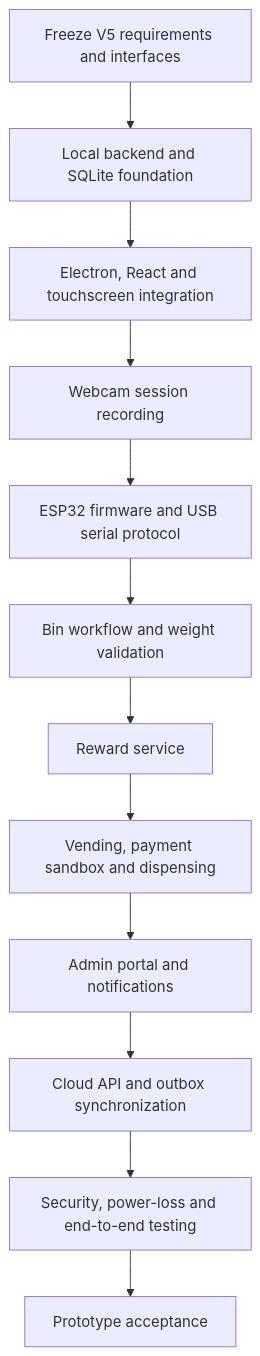
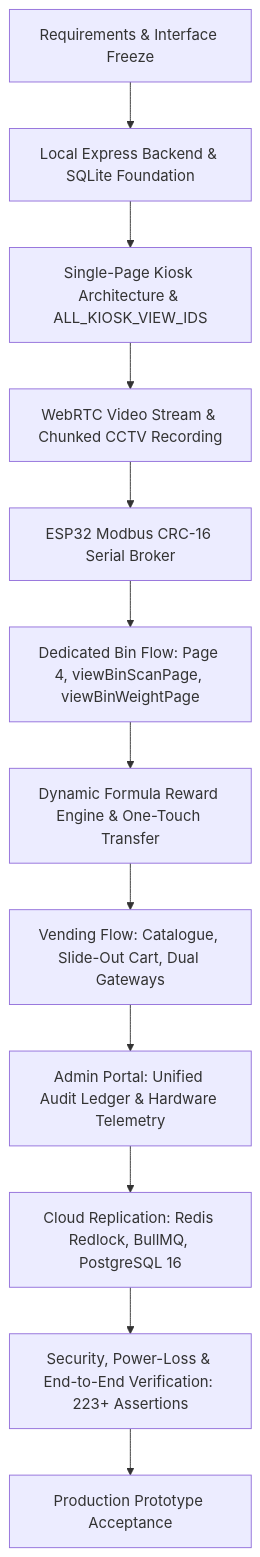
One commit to aswanayyappan/tech-farm-vending-machine changed the ninth of 10 diagrams in SDDS_V5_Documents/SDDS_V5_Plan_of_Action.md. Above: the diagram before and after it, drawn with Mermaid. The commit also changed other lines of this file and 2 other files, not shown here.

Commit message:
docs: synchronize SDDS V5 PRD and Plan of Action with current web architecture

````diff
--- a/SDDS_V5_Documents/SDDS_V5_Plan_of_Action.md
+++ b/SDDS_V5_Documents/SDDS_V5_Plan_of_Action.md
@@ -598,14 +565,14 @@
 ```mermaid
 flowchart TD
-    P0[Freeze V5 requirements and interfaces] --> P1[Local backend and SQLite foundation]
-    P1 --> P2[Electron, React and touchscreen integration]
-    P2 --> P3[Webcam session recording]
-    P3 --> P4[ESP32 firmware and USB serial protocol]
-    P4 --> P5[Bin workflow and weight validation]
-    P5 --> P6[Reward service]
-    P6 --> P7[Vending, payment sandbox and dispensing]
-    P7 --> P8[Admin portal and notifications]
-    P8 --> P9[Cloud API and outbox synchronization]
-    P9 --> P10[Security, power-loss and end-to-end testing]
-    P10 --> DONE[Prototype acceptance]
+    P0[Requirements & Interface Freeze] --> P1[Local Express Backend & SQLite Foundation]
+    P1 --> P2[Single-Page Kiosk Architecture & ALL_KIOSK_VIEW_IDS]
+    P2 --> P3[WebRTC Video Stream & Chunked CCTV Recording]
+    P3 --> P4[ESP32 Modbus CRC-16 Serial Broker]
+    P4 --> P5[Dedicated Bin Flow: Page 4, viewBinScanPage, viewBinWeightPage]
+    P5 --> P6[Dynamic Formula Reward Engine & One-Touch Transfer]
+    P6 --> P7[Vending Flow: Catalogue, Slide-Out Cart, Dual Gateways]
+    P7 --> P8[Admin Portal: Unified Audit Ledger & Hardware Telemetry]
+    P8 --> P9[Cloud Replication: Redis Redlock, BullMQ, PostgreSQL 16]
+    P9 --> P10[Security, Power-Loss & End-to-End Verification: 223+ Assertions]
+    P10 --> DONE[Production Prototype Acceptance]
 ```
````
